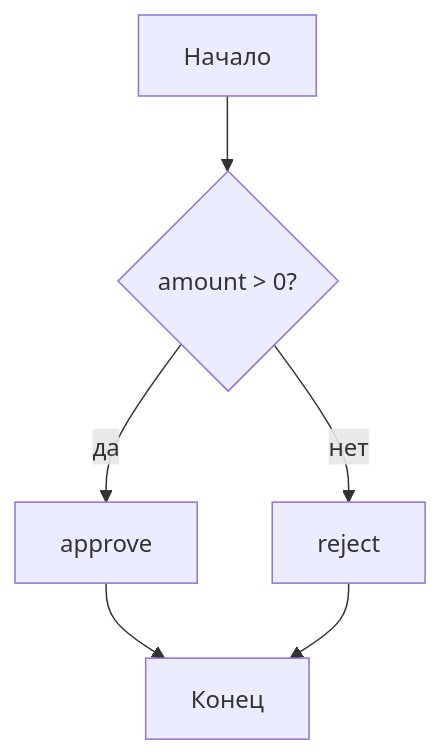
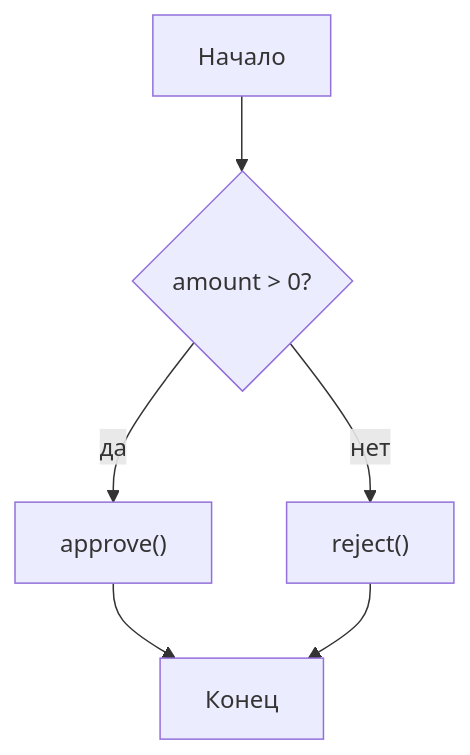
Before and after one commit to dapi/memory-bank: the first of 4 diagrams in articles/code-property-graph.md, drawn with Mermaid. The commit also changed other lines of this file, not shown here.

Commit message:
docs: fix Mermaid diagrams in CPG article

````diff
--- a/articles/code-property-graph.md
+++ b/articles/code-property-graph.md
@@ -85,8 +85,8 @@
 ```mermaid
 flowchart TD
-    A[Начало] --> B{amount > 0?}
-    B -- да --> C[approve]
-    B -- нет --> D[reject]
-    C --> E[Конец]
+    A["Начало"] --> B{"amount > 0?"}
+    B -- да --> C["approve()"]
+    B -- нет --> D["reject()"]
+    C --> E["Конец"]
     D --> E
 ```
````
